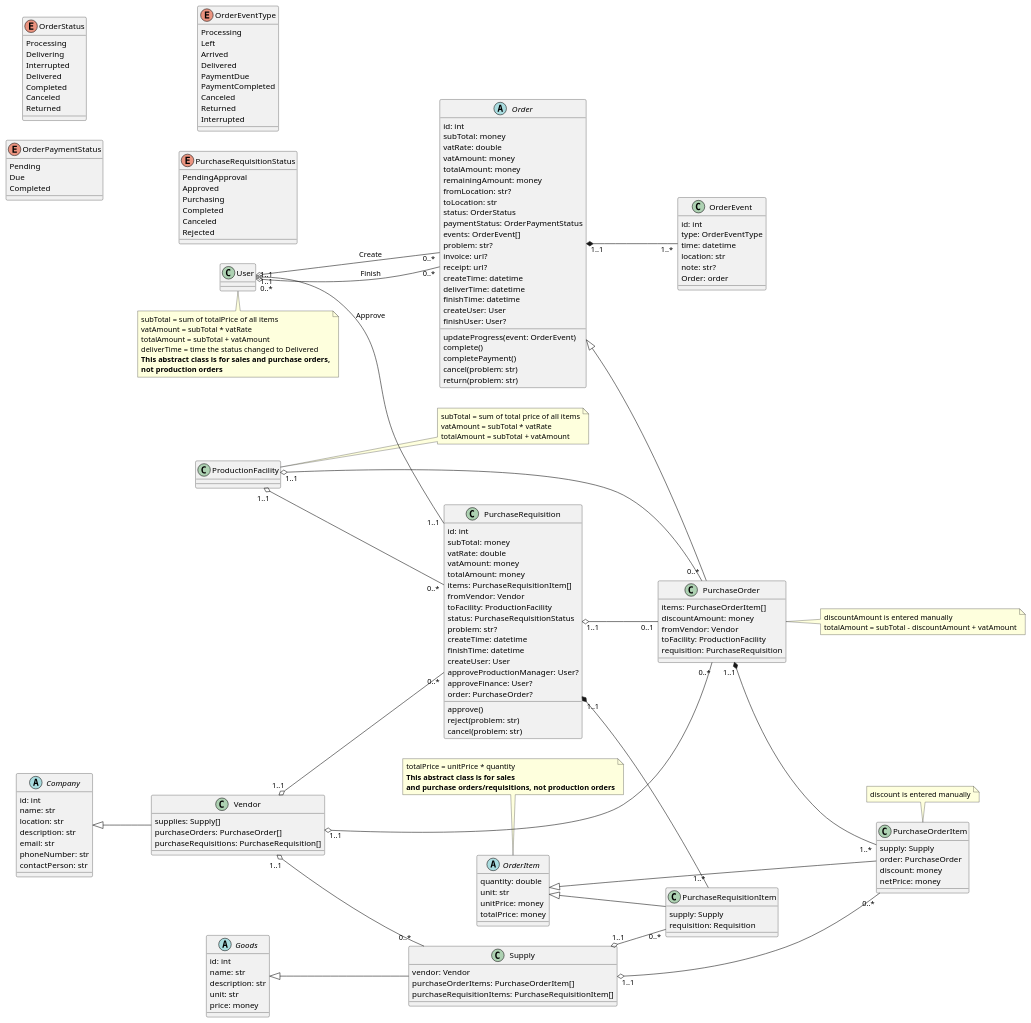
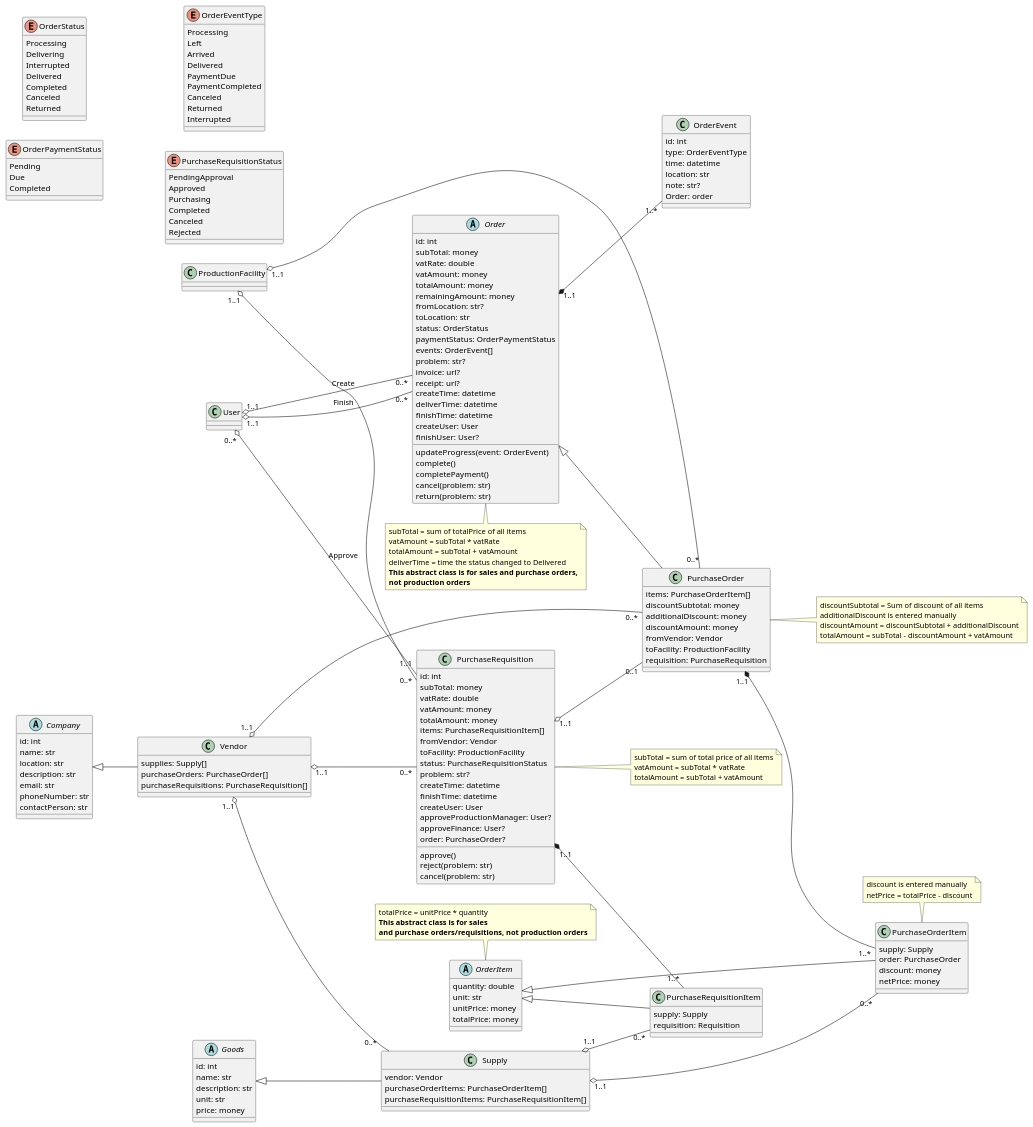
The diagram in Lab1/Lab1.2/classes/purchase.plantuml (phihungha/SE357-Practice-class), drawn with PlantUML before and after one commit. The commit also changed 5 other files, not shown here.

```diff
--- a/Lab1/Lab1.2/classes/purchase.plantuml
+++ b/Lab1/Lab1.2/classes/purchase.plantuml
@@ -77,8 +77,6 @@
     cancel(problem: str)
     return(problem: str)
 }
-User "1..1" o-- "0..*" Order : Create
-User "1..1" o-- "0..*" Order : Finish
 note bottom
     subTotal = sum of totalPrice of all items
     vatAmount = subTotal * vatRate
@@ -87,6 +85,8 @@
     <b>This abstract class is for sales and purchase orders,
     <b>not production orders
 endnote
+User "1..1" o-- "0..*" Order : Create
+User "1..1" o-- "0..*" Order : Finish
 
 abstract OrderItem {
     quantity: double
@@ -152,14 +152,14 @@
     reject(problem: str)
     cancel(problem: str)
 }
-Vendor "1..1" o-- "0..*" PurchaseRequisition
-User "0..*" o-- "1..1" PurchaseRequisition : Approve
-ProductionFacility "1..1" o-- "0..*" PurchaseRequisition
 note right
     subTotal = sum of total price of all items
     vatAmount = subTotal * vatRate
     totalAmount = subTotal + vatAmount
 endnote
+Vendor "1..1" o-- "0..*" PurchaseRequisition
+User "0..*" o-- "1..1" PurchaseRequisition : Approve
+ProductionFacility "1..1" o-- "0..*" PurchaseRequisition
 
 class PurchaseRequisitionItem {
     supply: Supply
@@ -171,19 +171,23 @@
 
 class PurchaseOrder {
     items: PurchaseOrderItem[]
+    discountSubtotal: money
+    additionalDiscount: money
     discountAmount: money
     fromVendor: Vendor
     toFacility: ProductionFacility
     requisition: PurchaseRequisition
 }
+note right
+    discountSubtotal = Sum of discount of all items
+    additionalDiscount is entered manually
+    discountAmount = discountSubtotal + additionalDiscount
+    totalAmount = subTotal - discountAmount + vatAmount
+endnote
 Order <|-- PurchaseOrder
 Vendor "1..1" o-- "0..*" PurchaseOrder
 ProductionFacility "1..1" o-- "0..*" PurchaseOrder
 PurchaseRequisition "1..1" o-- "0..1" PurchaseOrder
-note right
-    discountAmount is entered manually
-    totalAmount = subTotal - discountAmount + vatAmount
-endnote
 
 class PurchaseOrderItem {
     supply: Supply
@@ -191,8 +195,11 @@
     discount: money
     netPrice: money
 }
+note top
+    discount is entered manually
+    netPrice = totalPrice - discount
+endnote
 OrderItem <|-- PurchaseOrderItem
 PurchaseOrder "1..1" *-- "1..*" PurchaseOrderItem
 Supply "1..1" o-- "0..*" PurchaseOrderItem
-note top: discount is entered manually
 @enduml
```
